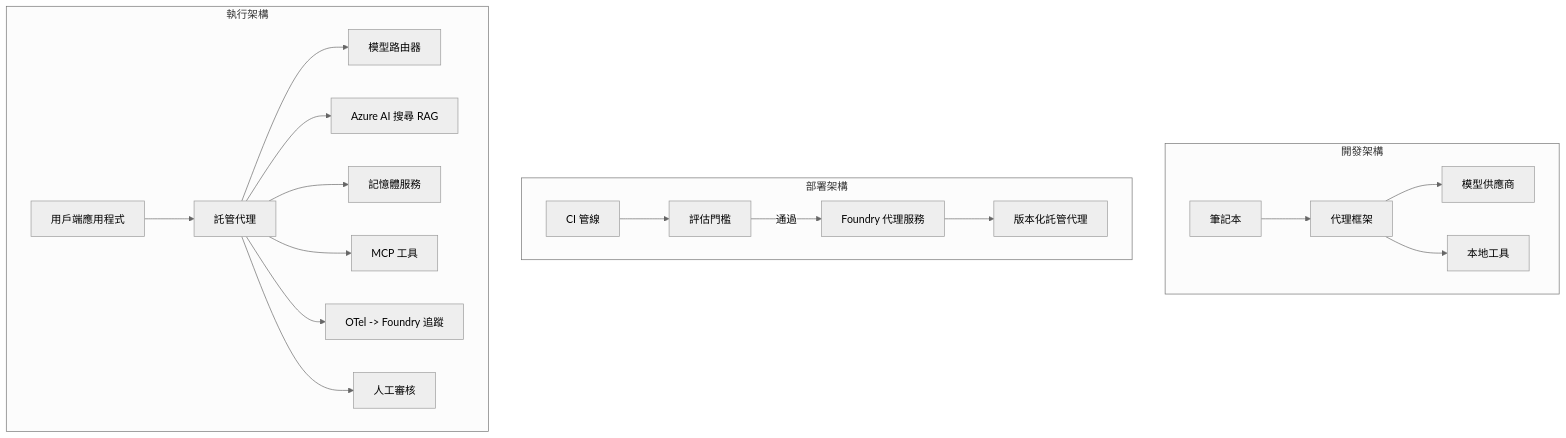
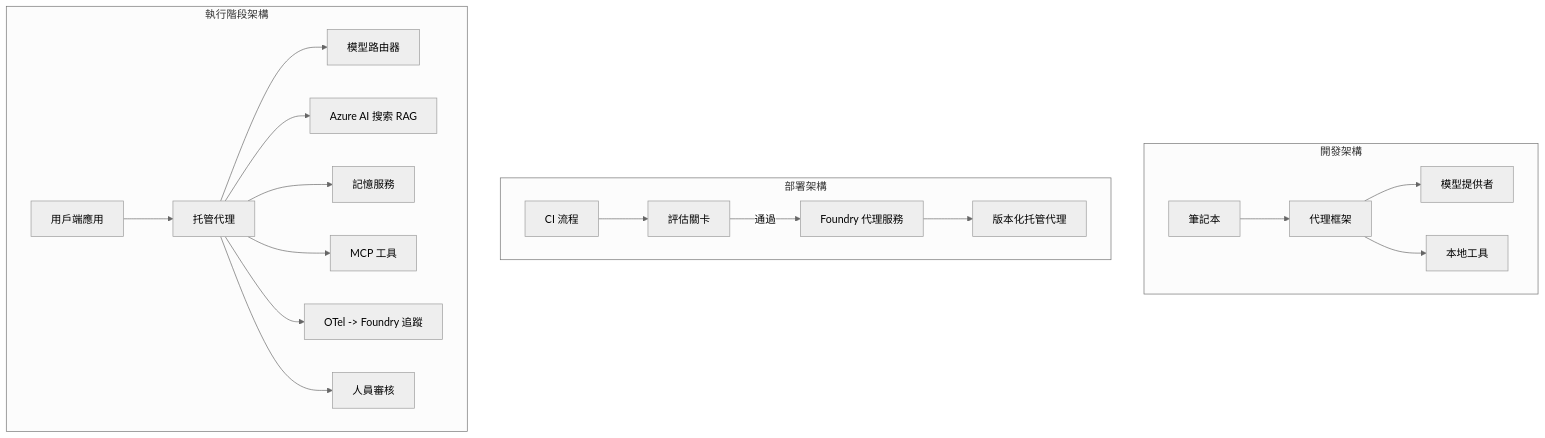
The fourth of 4 diagrams in mirrors/repos/microsoft@ai-agents-for-beginners/translations/zh-TW/16-deploying-scalable-agents/README.md (gabrielmoreira/agent-skills-mirror), drawn with Mermaid (neutral theme) before and after one commit. The commit also changed other lines of this file and 4262 other files, not shown here.

````diff
--- a/mirrors/repos/microsoft@ai-agents-for-beginners/translations/zh-TW/16-deploying-scalable-agents/README.md
+++ b/mirrors/repos/microsoft@ai-agents-for-beginners/translations/zh-TW/16-deploying-scalable-agents/README.md
@@ -185,22 +185,22 @@
 ```mermaid
 flowchart TB
     subgraph Dev[開發架構]
         D1[筆記本] --> D2[代理框架]
-        D2 --> D3[模型供應商]
+        D2 --> D3[模型提供者]
         D2 --> D4[本地工具]
     end
     subgraph Deploy[部署架構]
-        E1[CI 管線] --> E2[評估門檻]
+        E1[CI 流程] --> E2[評估關卡]
         E2 -->|通過| E3[Foundry 代理服務]
-        E3 --> E4[版本化託管代理]
+        E3 --> E4[版本化托管代理]
     end
-    subgraph Run[執行架構]
-        F1[用戶端應用程式] --> F2[託管代理]
+    subgraph Run[執行階段架構]
+        F1[用戶端應用] --> F2[托管代理]
         F2 --> F3[模型路由器]
-        F2 --> F4[Azure AI 搜尋 RAG]
-        F2 --> F5[記憶體服務]
+        F2 --> F4[Azure AI 搜索 RAG]
+        F2 --> F5[記憶服務]
         F2 --> F6[MCP 工具]
         F2 --> F7[OTel -> Foundry 追蹤]
-        F2 --> F8[人工審核]
+        F2 --> F8[人員審核]
     end
 ```
````
